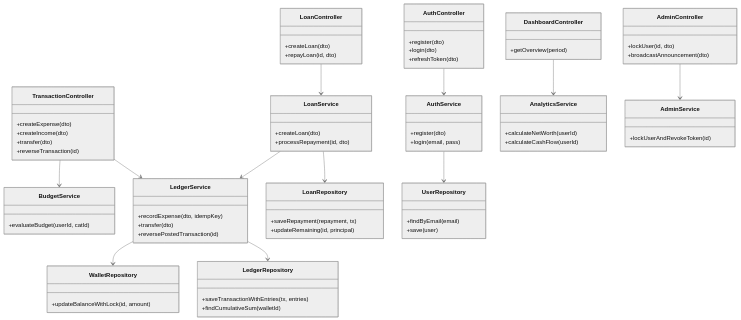
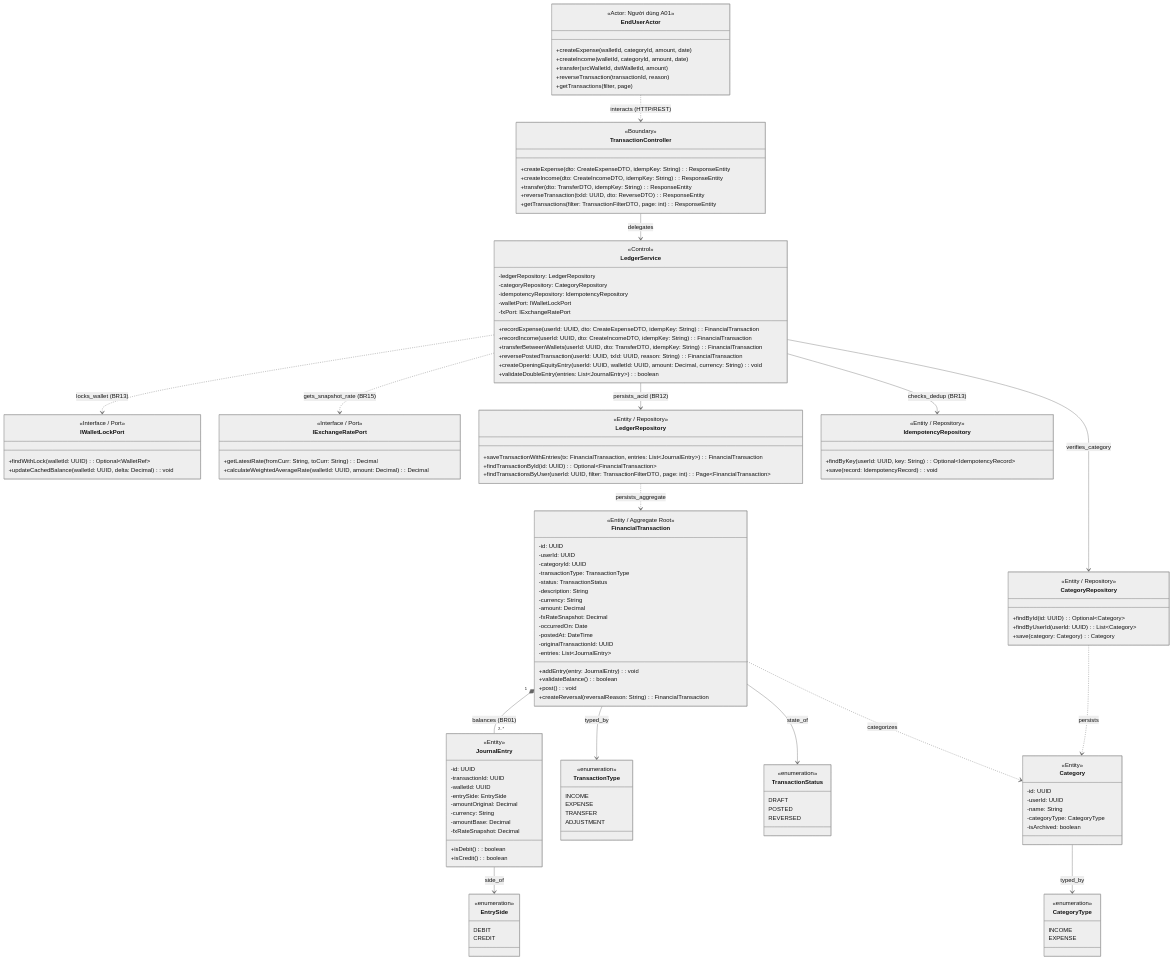
Before and after one commit to huytothevoz/SE---Microfinance-Personal-Wealth-Expense-Tracker: the third of 4 diagrams in docs/02_elaboration/uml_modeling/class_diagram.md, drawn with Mermaid (neutral theme). The commit also changed other lines of this file and 5 other files, not shown here.

First line of the commit message:
docs(uml): redesign financial core class diagrams (CD01-CD04) with vector SVGs and BCE architecture

````diff
--- a/docs/02_elaboration/uml_modeling/class_diagram.md
+++ b/docs/02_elaboration/uml_modeling/class_diagram.md
@@ -121,97 +436,180 @@
 classDiagram
     direction TB
 
-    %% Controllers (Boundary)
-    class AuthController {
-        +register(dto)
-        +login(dto)
-        +refreshToken(dto)
+    %% ==========================================
+    %% ACTORS (Tác nhân tương tác)
+    %% ==========================================
+    class EndUserActor {
+        <<Actor: Người dùng A01>>
+        +createExpense(walletId, categoryId, amount, date)
+        +createIncome(walletId, categoryId, amount, date)
+        +transfer(srcWalletId, dstWalletId, amount)
+        +reverseTransaction(transactionId, reason)
+        +getTransactions(filter, page)
     }
 
+    %% ==========================================
+    %% BOUNDARY LAYER (Controllers)
+    %% ==========================================
     class TransactionController {
-        +createExpense(dto)
-        +createIncome(dto)
-        +transfer(dto)
-        +reverseTransaction(id)
+        <<Boundary>>
+        +createExpense(dto: CreateExpenseDTO, idempKey: String): ResponseEntity
+        +createIncome(dto: CreateIncomeDTO, idempKey: String): ResponseEntity
+        +transfer(dto: TransferDTO, idempKey: String): ResponseEntity
+        +reverseTransaction(txId: UUID, dto: ReverseDTO): ResponseEntity
+        +getTransactions(filter: TransactionFilterDTO, page: int): ResponseEntity
     }
 
-    class LoanController {
-        +createLoan(dto)
-        +repayLoan(id, dto)
+    %% ==========================================
+    %% CONTROL LAYER (Services & Ports)
+    %% ==========================================
+    class LedgerService {
+        <<Control>>
+        -ledgerRepository: LedgerRepository
+        -categoryRepository: CategoryRepository
+        -idempotencyRepository: IdempotencyRepository
+        -walletPort: IWalletLockPort
+        -fxPort: IExchangeRatePort
+        +recordExpense(userId: UUID, dto: CreateExpenseDTO, idempKey: String): FinancialTransaction
+        +recordIncome(userId: UUID, dto: CreateIncomeDTO, idempKey: String): FinancialTransaction
+        +transferBetweenWallets(userId: UUID, dto: TransferDTO, idempKey: String): FinancialTransaction
+        +reversePostedTransaction(userId: UUID, txId: UUID, reason: String): FinancialTransaction
+        +createOpeningEquityEntry(userId: UUID, walletId: UUID, amount: Decimal, currency: String): void
+        +validateDoubleEntry(entries: List~JournalEntry~): boolean
     }
 
-    class DashboardController {
-        +getOverview(period)
+    class IWalletLockPort {
+        <<Interface / Port>>
+        +findWithLock(walletId: UUID): Optional~WalletRef~
+        +updateCachedBalance(walletId: UUID, delta: Decimal): void
     }
 
-    class AdminController {
-        +lockUser(id, dto)
-        +broadcastAnnouncement(dto)
+    class IExchangeRatePort {
+        <<Interface / Port>>
+        +getLatestRate(fromCurr: String, toCurr: String): Decimal
+        +calculateWeightedAverageRate(walletId: UUID, amount: Decimal): Decimal
     }
 
-    %% Services (Control)
-    class AuthService {
-        +register(dto)
-        +login(email, pass)
+    %% ==========================================
+    %% ENTITY / PERSISTENCE LAYER (Repositories)
+    %% ==========================================
+    class LedgerRepository {
+        <<Entity / Repository>>
+        +saveTransactionWithEntries(tx: FinancialTransaction, entries: List~JournalEntry~): FinancialTransaction
+        +findTransactionById(id: UUID): Optional~FinancialTransaction~
+        +findTransactionsByUser(userId: UUID, filter: TransactionFilterDTO, page: int): Page~FinancialTransaction~
     }
 
-    class LedgerService {
-        +recordExpense(dto, idempKey)
-        +transfer(dto)
-        +reversePostedTransaction(id)
+    class CategoryRepository {
+        <<Entity / Repository>>
+        +findById(id: UUID): Optional~Category~
+        +findByUserId(userId: UUID): List~Category~
+        +save(category: Category): Category
     }
 
-    class BudgetService {
-        +evaluateBudget(userId, catId)
+    class IdempotencyRepository {
+        <<Entity / Repository>>
+        +findByKey(userId: UUID, key: String): Optional~IdempotencyRecord~
+        +save(record: IdempotencyRecord): void
     }
 
-    class LoanService {
-        +createLoan(dto)
-        +processRepayment(id, dto)
+    %% ==========================================
+    %% DOMAIN ENTITIES & ENUMS
+    %% ==========================================
+    class Category {
+        <<Entity>>
+        -id: UUID
+        -userId: UUID
+        -name: String
+        -categoryType: CategoryType
+        -isArchived: boolean
     }
 
-    class AnalyticsService {
-        +calculateNetWorth(userId)
-        +calculateCashFlow(userId)
+    class CategoryType {
+        <<enumeration>>
+        INCOME
+        EXPENSE
     }
 
-    class AdminService {
-        +lockUserAndRevokeToken(id)
+    class FinancialTransaction {
+        <<Entity / Aggregate Root>>
+        -id: UUID
+        -userId: UUID
+        -categoryId: UUID
+        -transactionType: TransactionType
+        -status: TransactionStatus
+        -description: String
+        -currency: String
+        -amount: Decimal
+        -fxRateSnapshot: Decimal
+        -occurredOn: Date
+        -postedAt: DateTime
+        -originalTransactionId: UUID
+        -entries: List~JournalEntry~
+        +addEntry(entry: JournalEntry): void
+        +validateBalance(): boolean
+        +post(): void
+        +createReversal(reversalReason: String): FinancialTransaction
     }
 
-    %% Repositories (Entity / Persistence)
-    class UserRepository {
-        +findByEmail(email)
-        +save(user)
+    class TransactionType {
+        <<enumeration>>
+        INCOME
+        EXPENSE
+        TRANSFER
+        ADJUSTMENT
     }
 
-    class LedgerRepository {
-        +saveTransactionWithEntries(tx, entries)
-        +findCumulativeSum(walletId)
+    class TransactionStatus {
+        <<enumeration>>
+        DRAFT
+        POSTED
+        REVERSED
     }
 
-    class WalletRepository {
-        +updateBalanceWithLock(id, amount)
+    class JournalEntry {
+        <<Entity>>
+        -id: UUID
+        -transactionId: UUID
+        -walletId: UUID
+        -entrySide: EntrySide
+        -amountOriginal: Decimal
+        -currency: String
+        -amountBase: Decimal
+        -fxRateSnapshot: Decimal
+        +isDebit(): boolean
+        +isCredit(): boolean
     }
 
-    class LoanRepository {
-        +saveRepayment(repayment, tx)
-        +updateRemaining(id, principal)
+    class EntrySide {
+        <<enumeration>>
+        DEBIT
+        CREDIT
     }
 
-    %% Connections
-    AuthController --> AuthService
-    AuthService --> UserRepository
+    %% ==========================================
+    %% RELATIONSHIPS & INTERACTIONS
+    %% ==========================================
+    %% Central Spine: Actor -> Controller -> Service -> Repository -> Aggregate Root -> Child
+    EndUserActor ..> TransactionController : interacts (HTTP/REST)
+    TransactionController --> LedgerService : delegates
+    LedgerService --> LedgerRepository : persists_acid (BR12)
+    LedgerRepository ..> FinancialTransaction : persists_aggregate
+    FinancialTransaction "1" *-- "2..*" JournalEntry : balances (BR01)
+    JournalEntry --> EntrySide : side_of
 
-    TransactionController --> LedgerService
-    TransactionController --> BudgetService
-    LedgerService --> LedgerRepository
-    LedgerService --> WalletRepository
+    %% Left Ports (Wallet & FX)
+    LedgerService ..> IWalletLockPort : locks_wallet (BR13)
+    LedgerService ..> IExchangeRatePort : gets_snapshot_rate (BR15)
 
-    LoanController --> LoanService
-    LoanService --> LoanRepository
-    LoanService --> LedgerService
+    %% Right Branch (Idempotency & Category Hierarchy)
+    LedgerService --> IdempotencyRepository : checks_dedup (BR13)
+    LedgerService --> CategoryRepository : verifies_category
+    CategoryRepository ..> Category : persists
+    Category --> CategoryType : typed_by
 
-    DashboardController --> AnalyticsService
-    AdminController --> AdminService
+    %% Enums and Association
+    FinancialTransaction ..> Category : categorizes
+    FinancialTransaction --> TransactionType : typed_by
+    FinancialTransaction --> TransactionStatus : state_of
 ```
````
